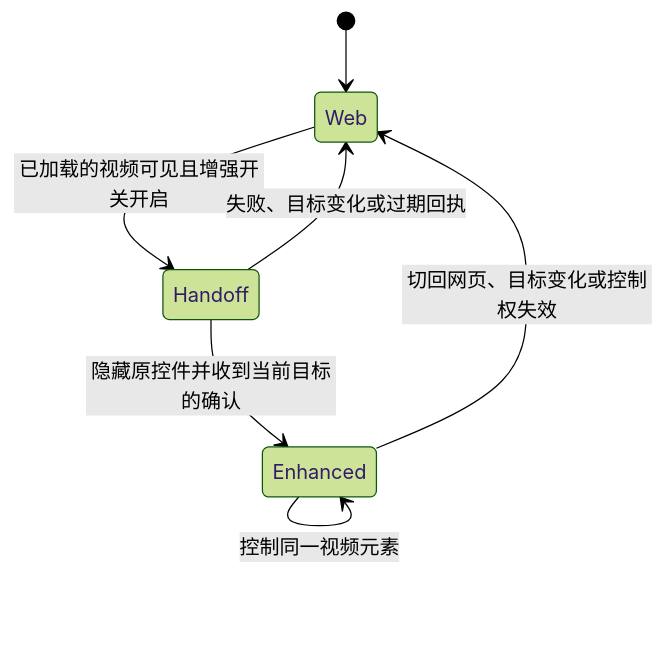
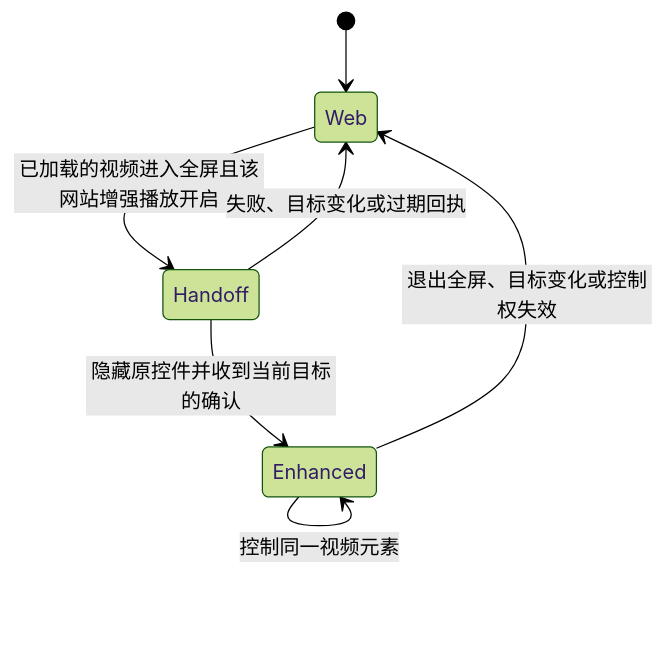
Before and after one commit to Nobilta/pure-browser: the first of 2 diagrams in design/video-playback-and-casting.md, drawn with Mermaid (forest theme). The commit also changed other lines of this file and 53 other files, not shown here.

````diff
--- a/design/video-playback-and-casting.md
+++ b/design/video-playback-and-casting.md
@@ -19,9 +19,9 @@
 ```mermaid
 stateDiagram-v2
     [*] --> Web
-    Web --> Handoff: 已加载的视频可见且增强开关开启
+    Web --> Handoff: 已加载的视频进入全屏且该网站增强播放开启
     Handoff --> Enhanced: 隐藏原控件并收到当前目标的确认
     Handoff --> Web: 失败、目标变化或过期回执
-    Enhanced --> Web: 切回网页、目标变化或控制权失效
+    Enhanced --> Web: 退出全屏、目标变化或控制权失效
     Enhanced --> Enhanced: 控制同一视频元素
 ```
````
